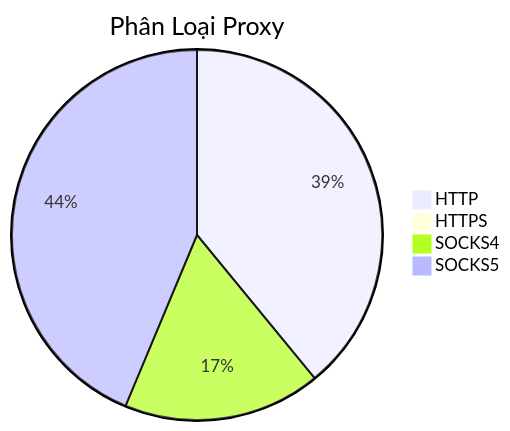
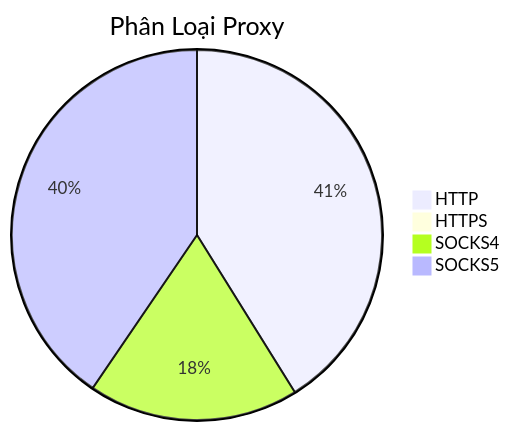
Before and after one commit to Ciara-Aa/PROXY-free: the diagram in README.md, drawn with Mermaid. The commit also changed other lines of this file and 4 other files, not shown here.

````diff
--- a/README.md
+++ b/README.md
@@ -26,7 +26,7 @@
 ```mermaid
 pie title Phân Loại Proxy
-    "HTTP" : 858
+    "HTTP" : 685
     "HTTPS" : 4
-    "SOCKS4" : 379
-    "SOCKS5" : 960
+    "SOCKS4" : 306
+    "SOCKS5" : 674
 ```
````
